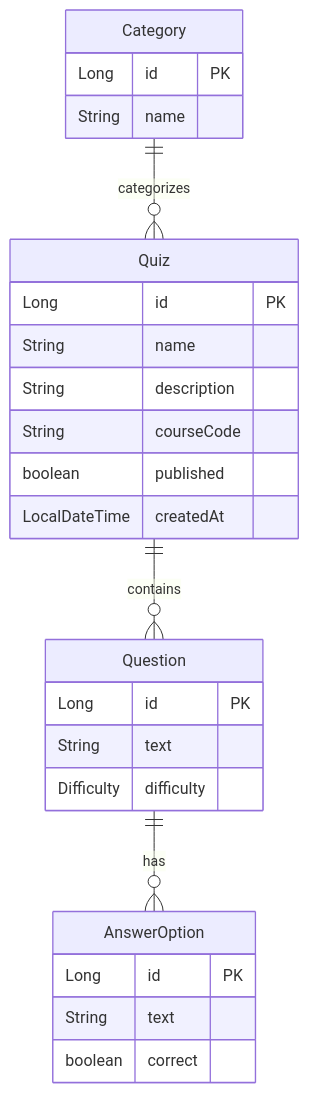
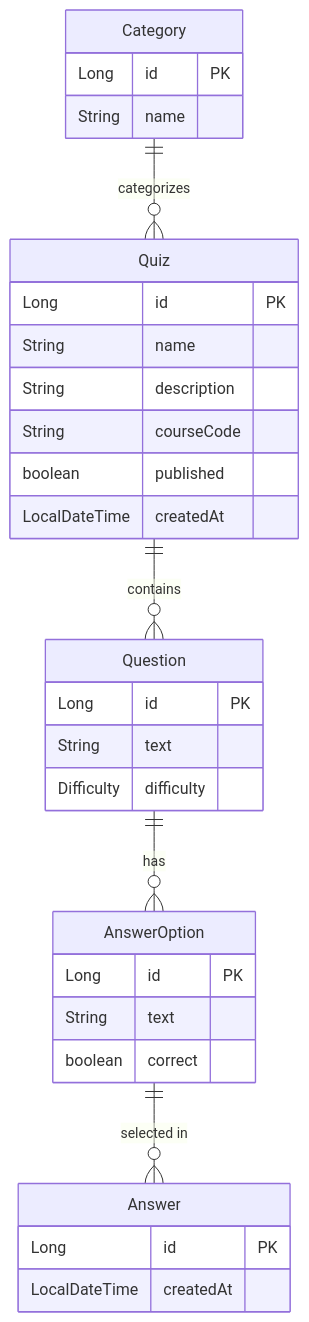
One commit to Moi-Maailman/hello-world changed the diagram in README.md. Above: the diagram before and after it, drawn with Mermaid. The commit also changed other lines of this file, not shown here.

````diff
--- a/README.md
+++ b/README.md
@@ -33,28 +34,33 @@
 ```mermaid
 erDiagram
     Category {
         Long id PK
         String name
     }
     Quiz {
         Long id PK
         String name
         String description
         String courseCode
         boolean published
         LocalDateTime createdAt
     }
     Question {
         Long id PK
         String text
         Difficulty difficulty
     }
     AnswerOption {
         Long id PK
         String text
         boolean correct
     }
+    Answer {
+        Long id PK
+        LocalDateTime createdAt
+    }
     Category 1--0+ Quiz : "categorizes"
     Quiz 1--0+ Question : "contains"
     Question 1--0+ AnswerOption : "has"
+    AnswerOption 1--0+ Answer : "selected in"
 ```
````
